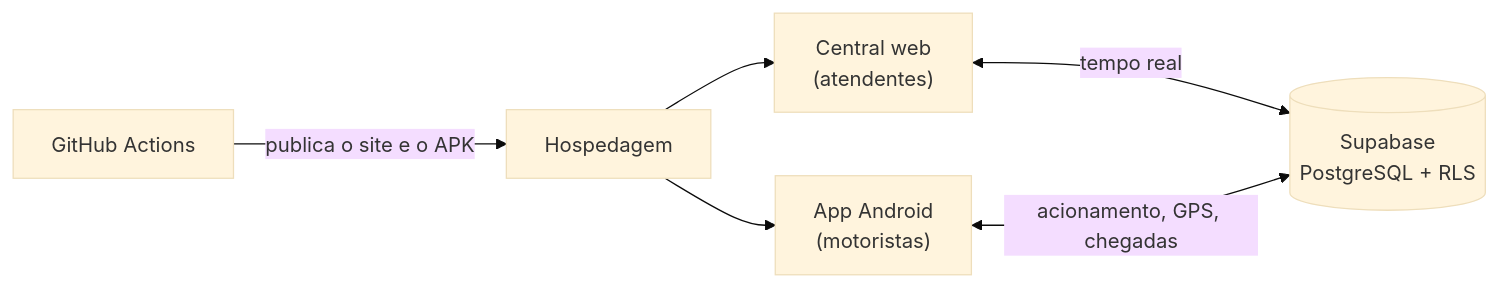
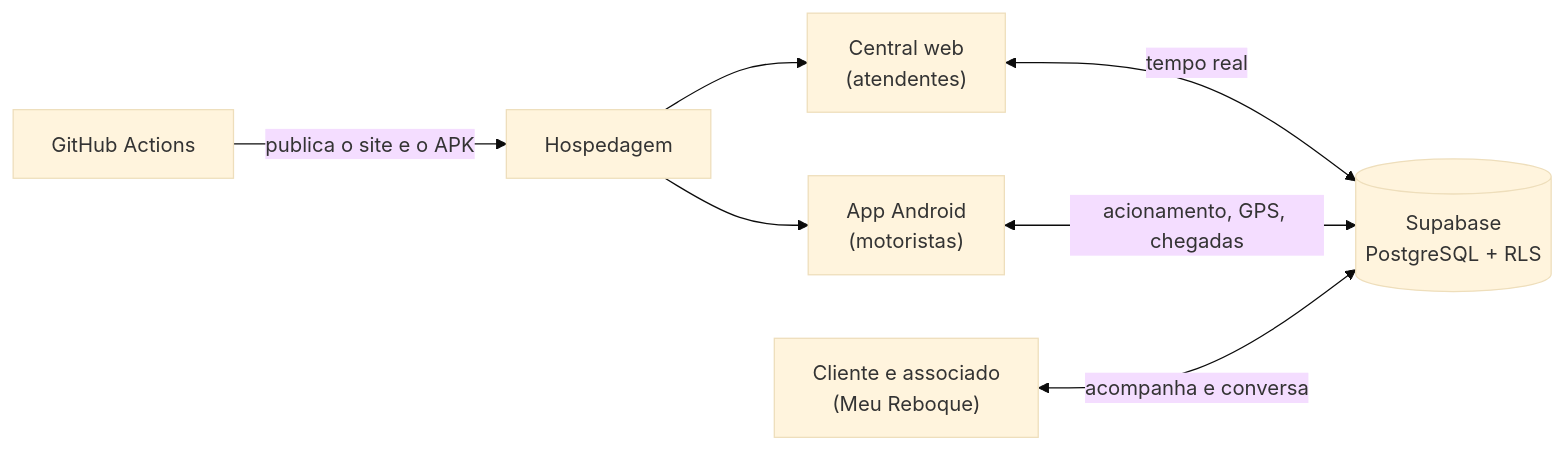
Before and after one commit to yJaaumGC/sistema-monstros: the diagram in README.md, drawn with Mermaid (base theme). The commit also changed other lines of this file and 7 other files, not shown here.

First line of the commit message:
Vitrine: app do motorista, Meu Reboque e associados

````diff
--- a/README.md
+++ b/README.md
@@ -81,8 +109,9 @@
 ```mermaid
 flowchart LR
   A["Central web<br/>(atendentes)"] <-->|tempo real| B[("Supabase<br/>PostgreSQL + RLS")]
   C["App Android<br/>(motoristas)"] <-->|acionamento, GPS, chegadas| B
+  F["Cliente e associado<br/>(Meu Reboque)"] <-->|acompanha e conversa| B
   D["GitHub Actions"] -->|publica o site e o APK| E["Hospedagem"]
   E --> A
   E --> C
 ```
````
